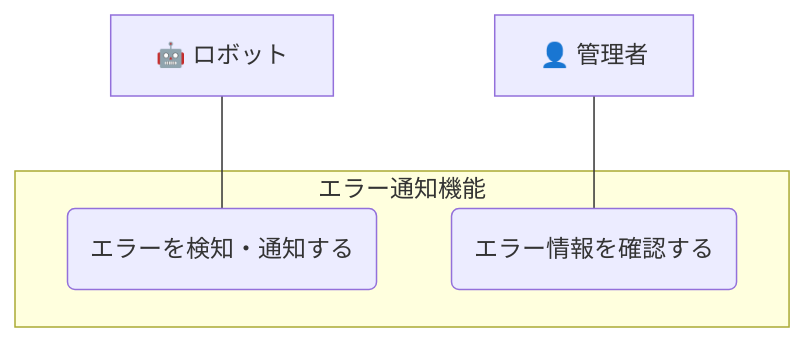
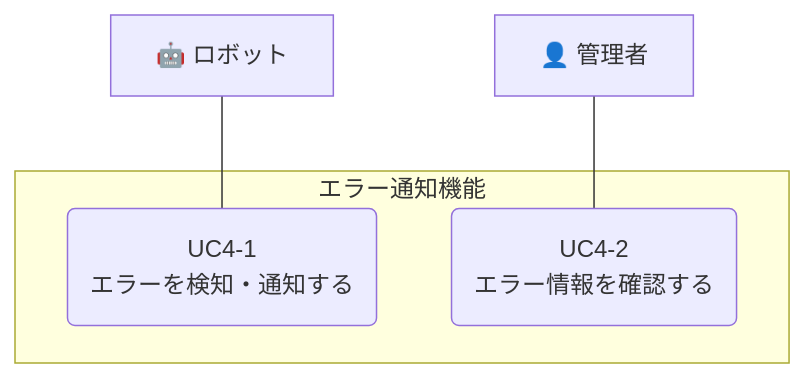
One commit to RikuHayakawa/robot-cloud-system-spec changed the diagram in docs/20_usecases/UC04_error_notification/index.md. Above: the diagram before and after it, drawn with Mermaid. The commit also changed other lines of this file and 31 other files, not shown here.

````diff
--- a/docs/20_usecases/UC04_error_notification/index.md
+++ b/docs/20_usecases/UC04_error_notification/index.md
@@ -12,12 +18,12 @@
 ```mermaid
 graph TD
+    Admin["👤 管理者"]
     Robot["🤖 ロボット"]
-    Admin["👤 管理者"]
     subgraph エラー通知機能
-        UC1(エラーを検知・通知する)
-        UC2(エラー情報を確認する)
+        UC1(UC4-1<br>エラーを検知・通知する)
+        UC2(UC4-2<br>エラー情報を確認する)
     end
 
     Robot --- UC1
     Admin --- UC2
 ```
````
